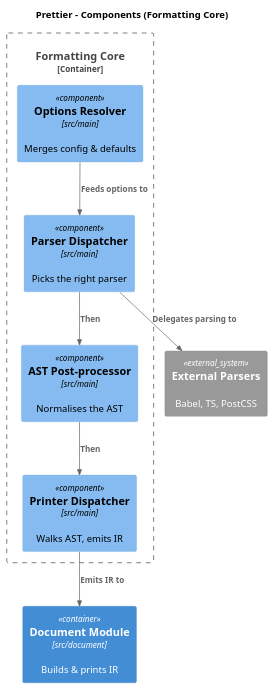
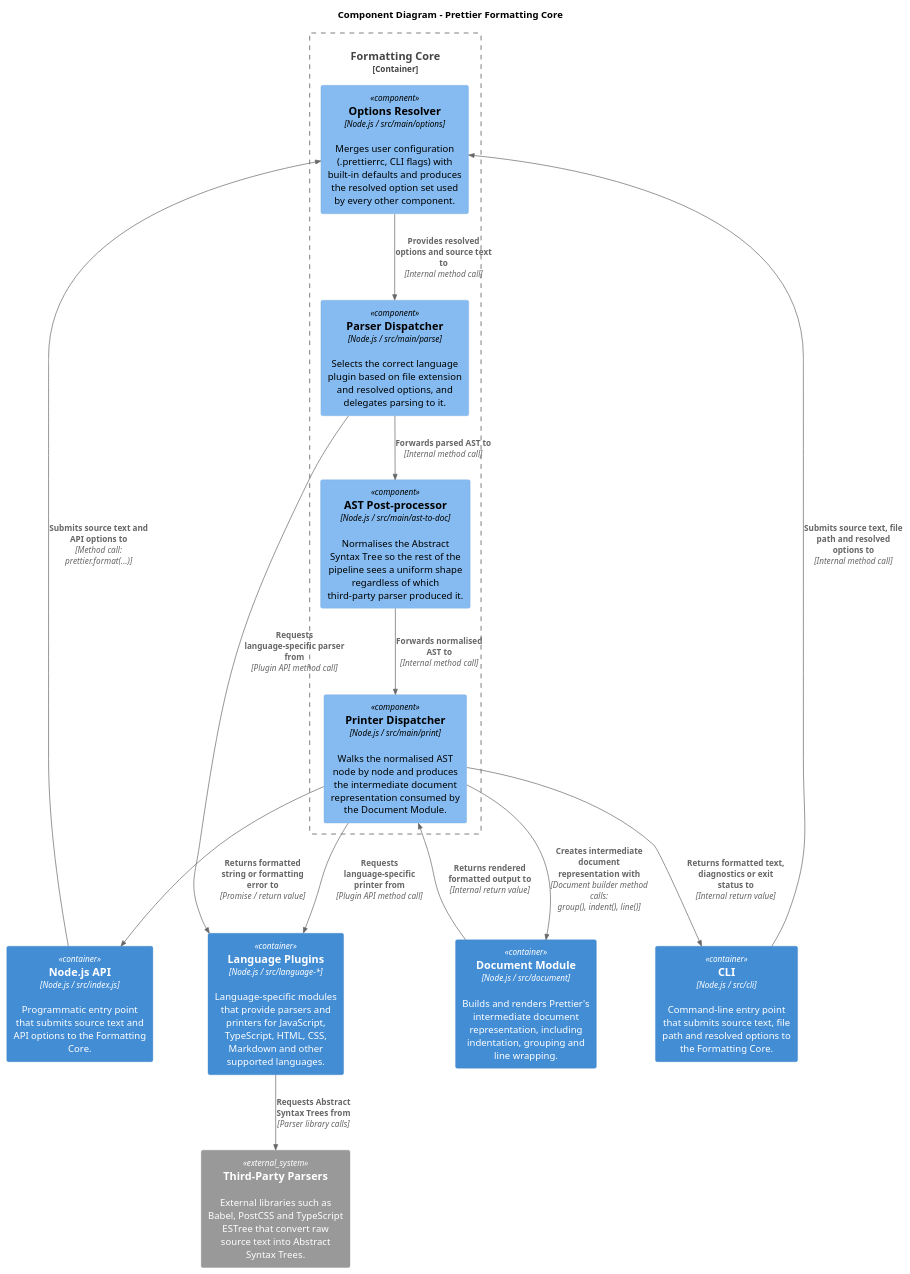
Before and after one commit to Software-Design-Architecture-Group-8/project: the diagram in c4-component.puml, drawn with PlantUML. The commit also changed 11 other files, not shown here.

```diff
--- a/c4-component.puml
+++ b/c4-component.puml
@@ -1,22 +1,55 @@
 @startuml prettier-component
 !include https://raw.githubusercontent.com/plantuml-stdlib/C4-PlantUML/master/C4_Component.puml
 
-title Prettier - Components (Formatting Core)
+title Component Diagram - Prettier Formatting Core
+
+' --- External actors / containers shown for cohesion with the Container diagram ---
+
+Container(cli, "CLI", "Node.js / src/cli", "Command-line entry point that submits source text, file path and resolved options to the Formatting Core.")
+
+Container(api, "Node.js API", "Node.js / src/index.js", "Programmatic entry point that submits source text and API options to the Formatting Core.")
+
+Container(plugins, "Language Plugins", "Node.js / src/language-*", "Language-specific modules that provide parsers and printers for JavaScript, TypeScript, HTML, CSS, Markdown and other supported languages.")
+
+Container(document, "Document Module", "Node.js / src/document", "Builds and renders Prettier's intermediate document representation, including indentation, grouping and line wrapping.")
+
+System_Ext(external_parsers, "Third-Party Parsers", "External libraries such as Babel, PostCSS and TypeScript ESTree that convert raw source text into Abstract Syntax Trees.")
+
+' --- Components inside the Formatting Core container ---
 
 Container_Boundary(core, "Formatting Core") {
-    Component(options, "Options Resolver", "src/main", "Merges config & defaults")
-    Component(parse, "Parser Dispatcher", "src/main", "Picks the right parser")
-    Component(post, "AST Post-processor", "src/main", "Normalises the AST")
-    Component(print, "Printer Dispatcher", "src/main", "Walks AST, emits IR")
+
+    Component(options_resolver, "Options Resolver", "Node.js / src/main/options", "Merges user configuration (.prettierrc, CLI flags) with built-in defaults and produces the resolved option set used by every other component.")
+
+    Component(parser_dispatcher, "Parser Dispatcher", "Node.js / src/main/parse", "Selects the correct language plugin based on file extension and resolved options, and delegates parsing to it.")
+
+    Component(ast_postprocessor, "AST Post-processor", "Node.js / src/main/ast-to-doc", "Normalises the Abstract Syntax Tree so the rest of the pipeline sees a uniform shape regardless of which third-party parser produced it.")
+
+    Component(printer_dispatcher, "Printer Dispatcher", "Node.js / src/main/print", "Walks the normalised AST node by node and produces the intermediate document representation consumed by the Document Module.")
 }
 
-Container(document, "Document Module", "src/document", "Builds & prints IR")
-System_Ext(parsers, "External Parsers", "Babel, TS, PostCSS")
+' --- Inbound: how the Formatting Core is invoked ---
 
-Rel(options, parse, "Feeds options to")
-Rel(parse, parsers, "Delegates parsing to")
-Rel(parse, post, "Then")
-Rel(post, print, "Then")
-Rel(print, document, "Emits IR to")
+Rel(cli, options_resolver, "Submits source text, file path and resolved options to", "Internal method call")
+Rel(api, options_resolver, "Submits source text and API options to", "Method call: prettier.format(...)")
+
+' --- Internal pipeline inside the Formatting Core ---
+
+Rel(options_resolver, parser_dispatcher, "Provides resolved options and source text to", "Internal method call")
+Rel(parser_dispatcher, ast_postprocessor, "Forwards parsed AST to", "Internal method call")
+Rel(ast_postprocessor, printer_dispatcher, "Forwards normalised AST to", "Internal method call")
+
+' --- Outbound: how the Formatting Core talks to other containers ---
+
+Rel(parser_dispatcher, plugins, "Requests language-specific parser from", "Plugin API method call")
+Rel(plugins, external_parsers, "Requests Abstract Syntax Trees from", "Parser library calls")
+
+Rel(printer_dispatcher, plugins, "Requests language-specific printer from", "Plugin API method call")
+Rel(printer_dispatcher, document, "Creates intermediate document representation with", "Document builder method calls: group(), indent(), line()")
+
+Rel(document, printer_dispatcher, "Returns rendered formatted output to", "Internal return value")
+
+Rel(printer_dispatcher, cli, "Returns formatted text, diagnostics or exit status to", "Internal return value")
+Rel(printer_dispatcher, api, "Returns formatted string or formatting error to", "Promise / return value")
 
 @enduml
```
